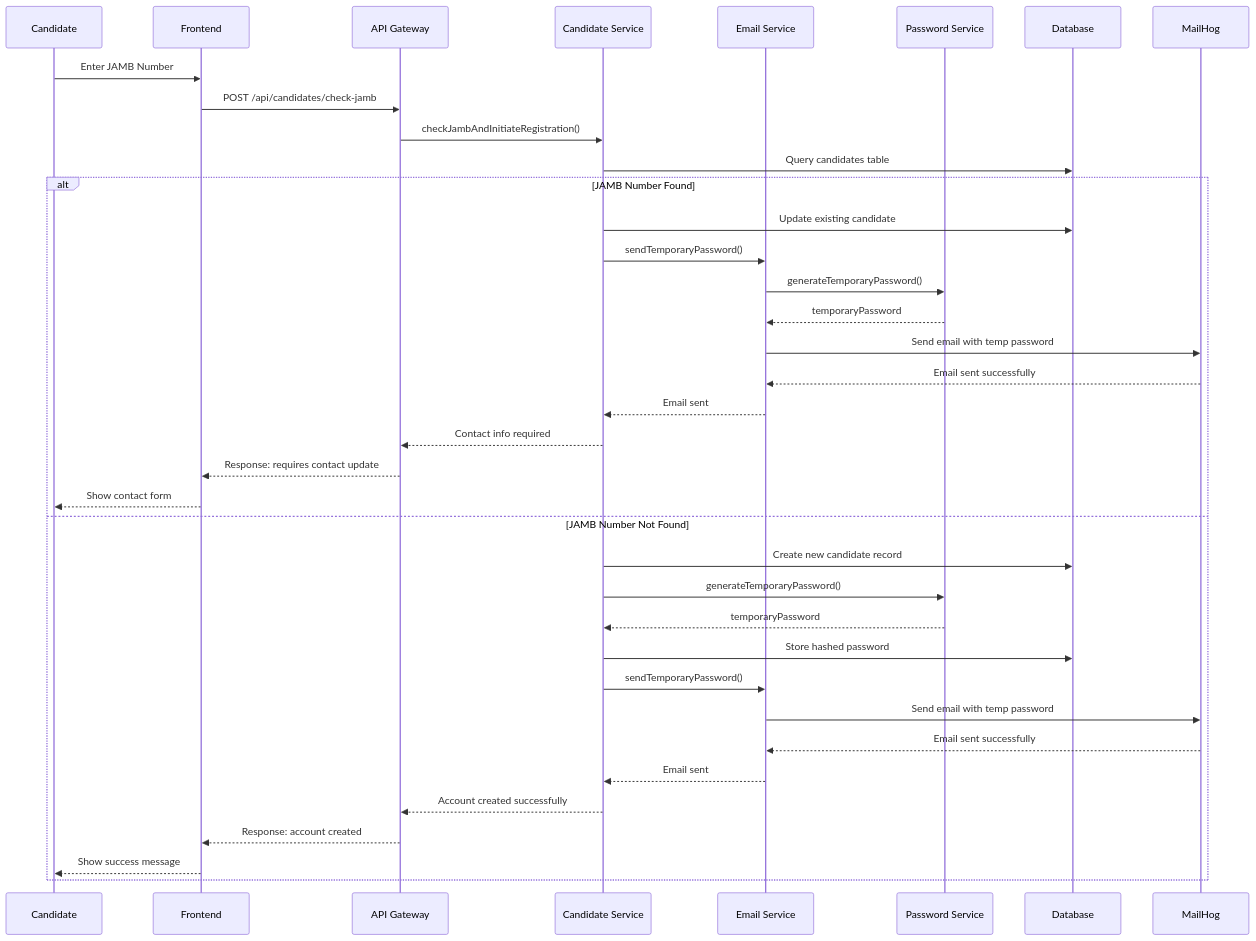
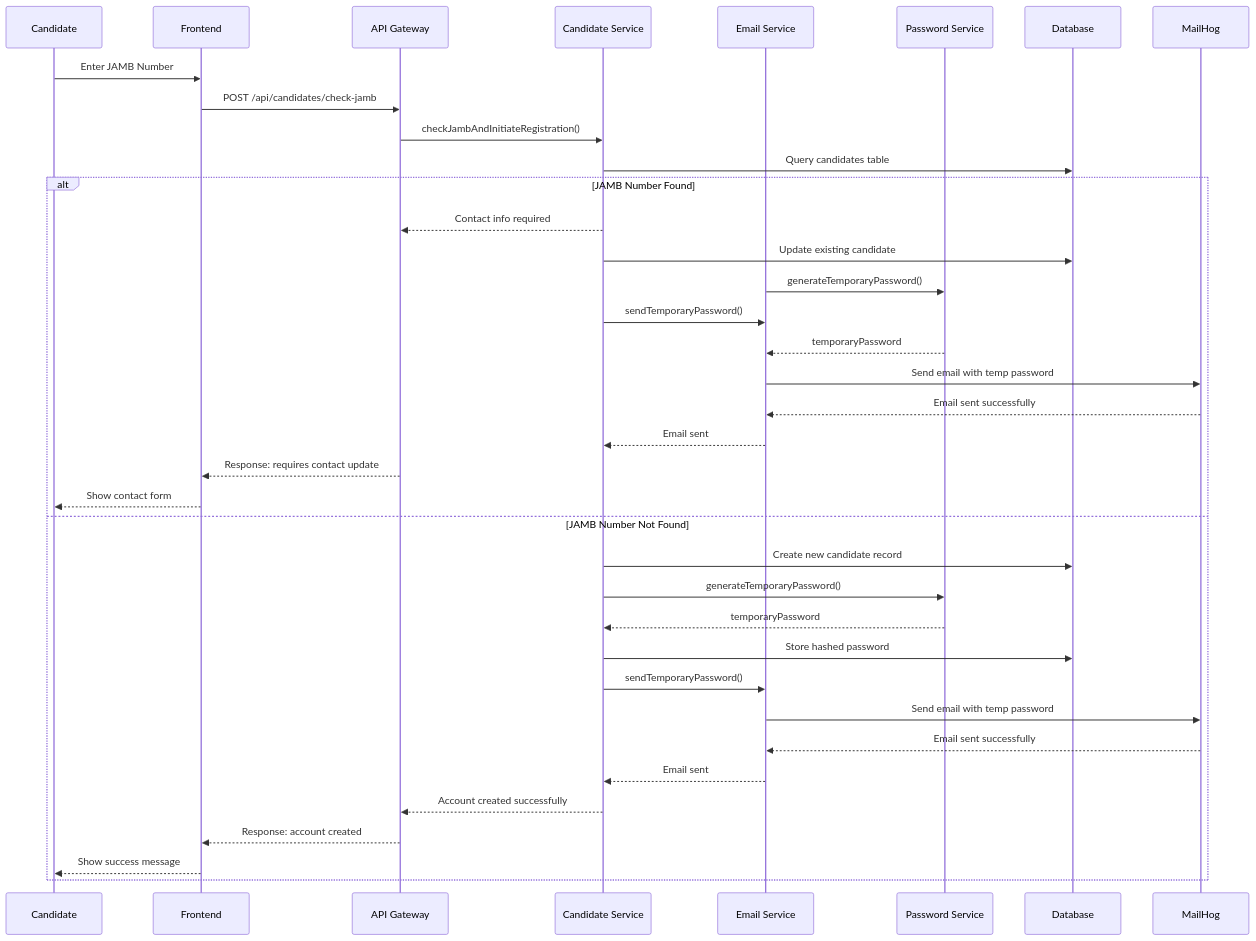
Before and after one commit to sbikelly/fuep_api: the first of 21 diagrams in docs/sequence-diagrams.md, drawn with Mermaid. The commit also changed other lines of this file and 107 other files, not shown here.

````diff
--- a/docs/sequence-diagrams.md
+++ b/docs/sequence-diagrams.md
@@ -24,41 +24,41 @@
 ```mermaid
 sequenceDiagram
     participant C as Candidate
     participant F as Frontend
     participant A as API Gateway
     participant CS as Candidate Service
     participant ES as Email Service
     participant PS as Password Service
     participant DB as Database
     participant M as MailHog
 
     C->>F: Enter JAMB Number
     F->>A: POST /api/candidates/check-jamb
     A->>CS: checkJambAndInitiateRegistration()
 
     CS->>DB: Query candidates table
     alt JAMB Number Found
+        CS-->>A: Contact info required
         CS->>DB: Update existing candidate
+        ES->>PS: generateTemporaryPassword()
         CS->>ES: sendTemporaryPassword()
-        ES->>PS: generateTemporaryPassword()
         PS-->>ES: temporaryPassword
         ES->>M: Send email with temp password
         M-->>ES: Email sent successfully
         ES-->>CS: Email sent
-        CS-->>A: Contact info required
         A-->>F: Response: requires contact update
         F-->>C: Show contact form
     else JAMB Number Not Found
         CS->>DB: Create new candidate record
         CS->>PS: generateTemporaryPassword()
         PS-->>CS: temporaryPassword
         CS->>DB: Store hashed password
         CS->>ES: sendTemporaryPassword()
         ES->>M: Send email with temp password
         M-->>ES: Email sent successfully
         ES-->>CS: Email sent
         CS-->>A: Account created successfully
         A-->>F: Response: account created
         F-->>C: Show success message
     end
 ```
````
